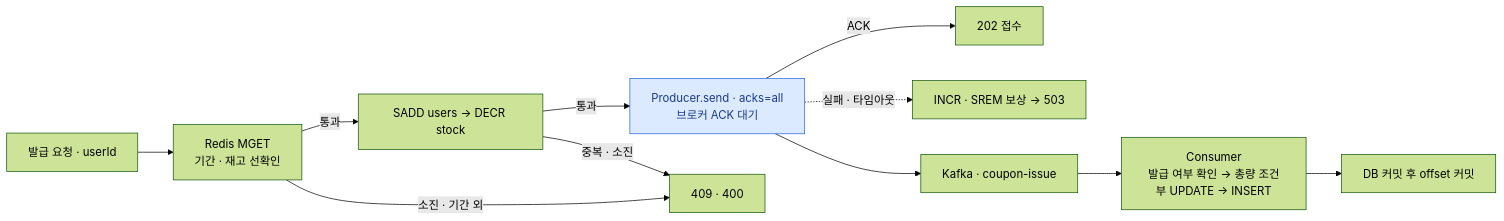
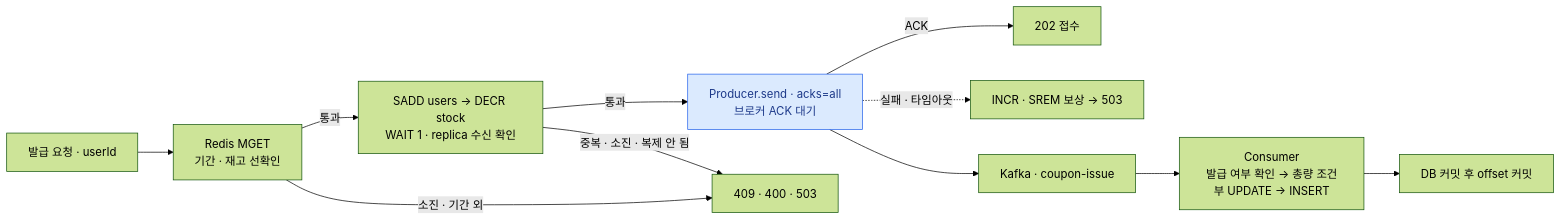
The first of 4 diagrams in README.md (joejaeyoung/Project-coupon_rush), drawn with Mermaid (forest theme) before and after one commit. The commit also changed other lines of this file and 13 other files, not shown here.

First line of the commit message:
feat: Redis HA — primary/replica + Sentinel 3, 예약 복제 확인(WAIT), failover·복제 지연 실험

````diff
--- a/README.md
+++ b/README.md
@@ -24,14 +24,14 @@
 ```mermaid
 flowchart LR
     A["발급 요청 · userId"] --> M["Redis MGET<br/>기간 · 재고 선확인"]
-    M -->|"통과"| R["SADD users → DECR stock"]
+    M -->|"통과"| R["SADD users → DECR stock<br/>WAIT 1 · replica 수신 확인"]
     R -->|"통과"| P["Producer.send · acks=all<br/>브로커 ACK 대기"]
     P -->|"ACK"| S["202 접수"]
     P -.->|"실패 · 타임아웃"| C["INCR · SREM 보상 → 503"]
     P --> K["Kafka · coupon-issue"]
     K --> N["Consumer<br/>발급 여부 확인 → 총량 조건부 UPDATE → INSERT"]
     N --> D["DB 커밋 후 offset 커밋"]
-    M -->|"소진 · 기간 외"| F["409 · 400"]
-    R -->|"중복 · 소진"| F
+    M -->|"소진 · 기간 외"| F["409 · 400 · 503"]
+    R -->|"중복 · 소진 · 복제 안 됨"| F
     style P fill:#dbeafe,stroke:#2563eb,color:#1e3a8a
 ```
````
